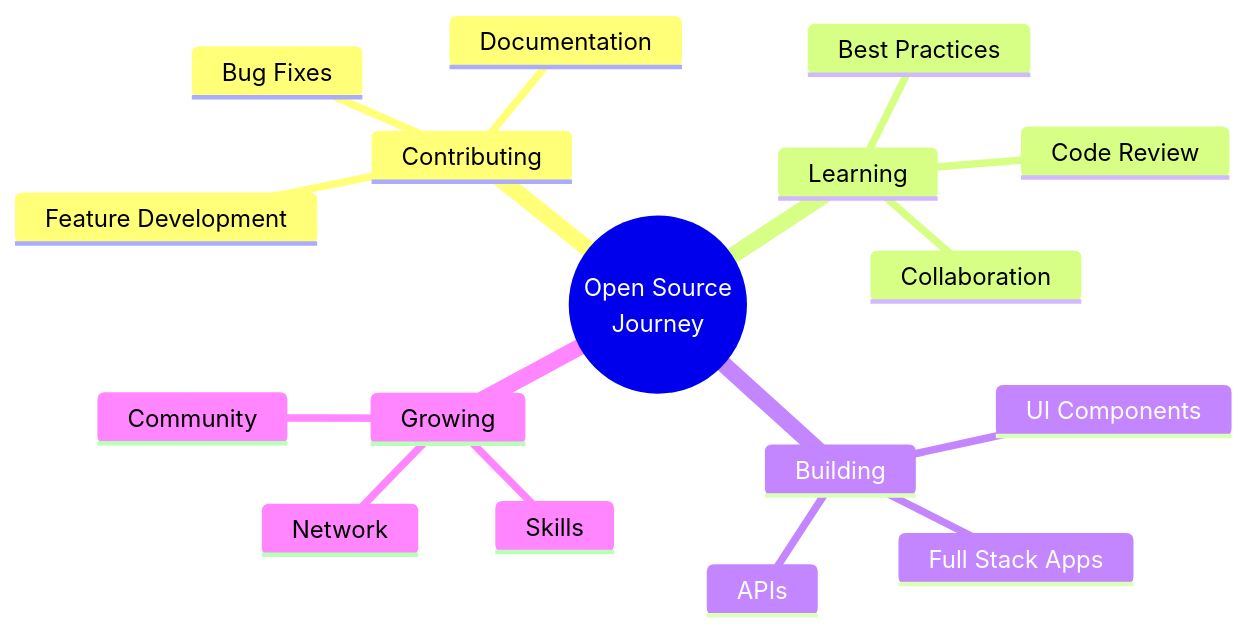
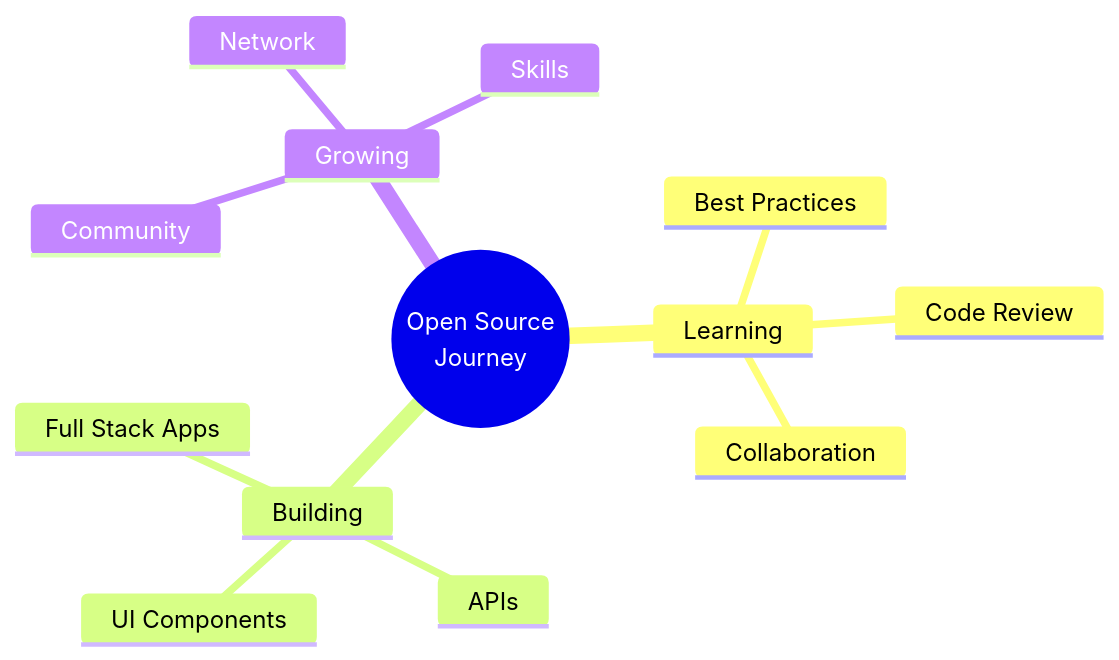
The diagram in README.md (zacktiger/zacktiger), drawn with Mermaid before and after one commit.

Commit message:
Update mindmap in README to remove contributing section
Removed contributing section from mindmap.

````diff
--- a/README.md
+++ b/README.md
@@ -91,21 +91,17 @@
 ```mermaid
 mindmap
   root((Open Source
     Journey))
-    Contributing
-      Bug Fixes
-      Documentation
-      Feature Development
     Learning
       Best Practices
       Code Review
       Collaboration
     Building
       Full Stack Apps
       APIs
       UI Components
     Growing
       Community
       Network
       Skills
 ```
````
